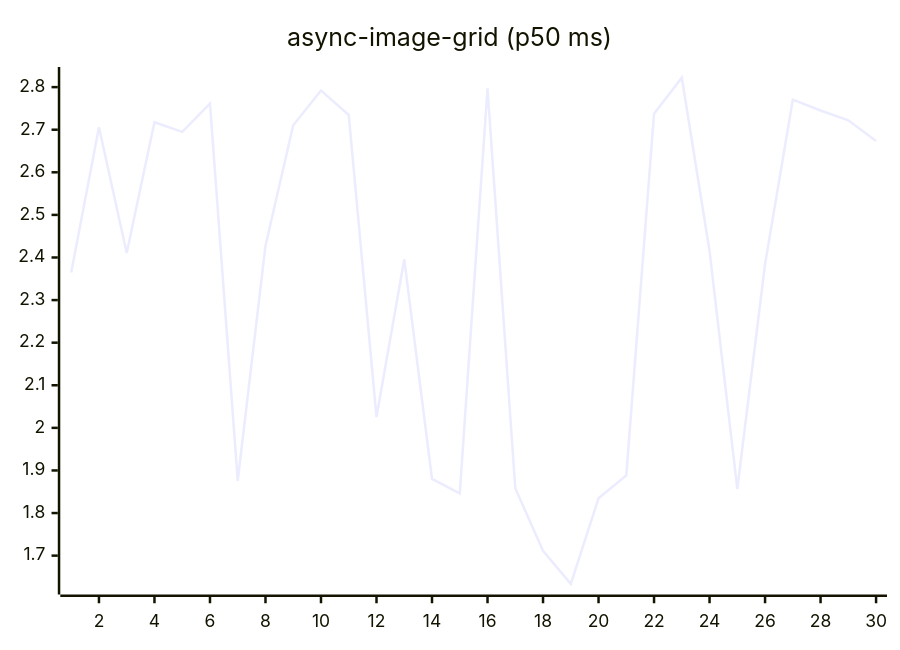
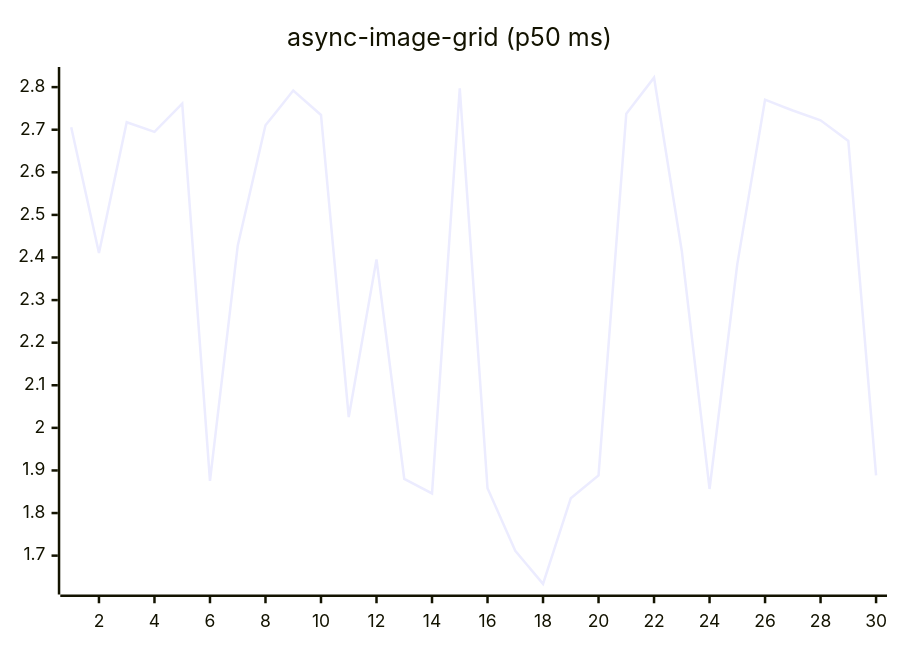
Before and after one commit to josha/Facet: the fifth of 27 diagrams in README.md, drawn with Mermaid. The commit also changed other lines of this file and 2 other files, not shown here.

````diff
--- a/README.md
+++ b/README.md
@@ -91,6 +91,6 @@
 ```mermaid
 xychart-beta
     title "async-image-grid (p50 ms)"
     x-axis 1 --> 30
-    line [2.3646, 2.7059, 2.4103, 2.7175, 2.6949, 2.7614, 1.8756, 2.4277, 2.7103, 2.7919, 2.7346, 2.0254, 2.3955, 1.8801, 1.8461, 2.7970, 1.8583, 1.7113, 1.6337, 1.8346, 1.8885, 2.7375, 2.8223, 2.4153, 1.8565, 2.3845, 2.7705, 2.7451, 2.7222, 2.6737]
+    line [2.7059, 2.4103, 2.7175, 2.6949, 2.7614, 1.8756, 2.4277, 2.7103, 2.7919, 2.7346, 2.0254, 2.3955, 1.8801, 1.8461, 2.7970, 1.8583, 1.7113, 1.6337, 1.8346, 1.8885, 2.7375, 2.8223, 2.4153, 1.8565, 2.3845, 2.7705, 2.7451, 2.7222, 2.6737, 1.8884]
 ```
````
